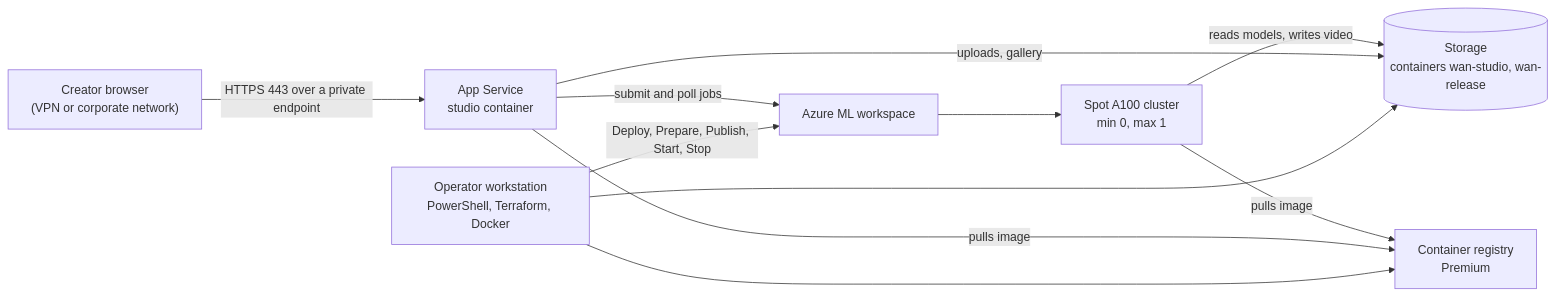
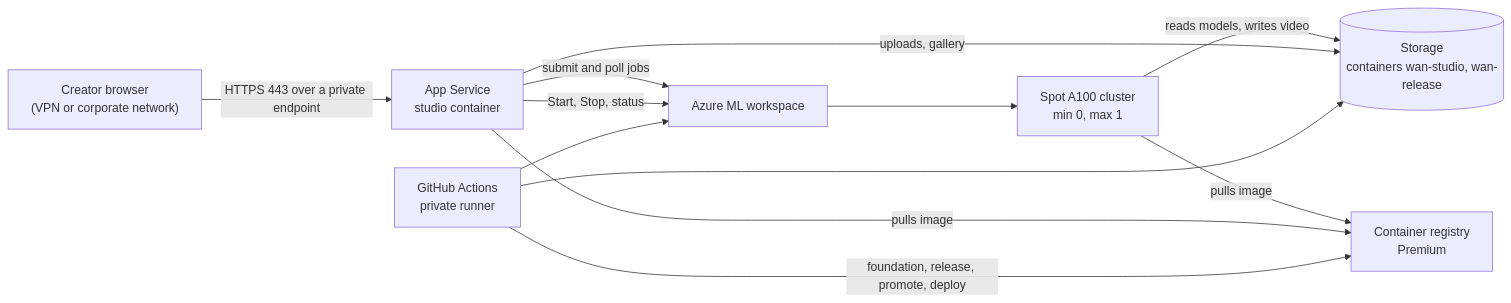
One commit to seiggy/wan-safety-studio changed the diagram in docs-site/deployment/intro.mdx. Above: the diagram before and after it, drawn with Mermaid. The commit also changed other lines of this file and 233 other files, not shown here.

````diff
--- a/docs-site/deployment/intro.mdx
+++ b/docs-site/deployment/intro.mdx
@@ -27,13 +35,14 @@
 ```mermaid
 flowchart LR
   creator["Creator browser<br/>(VPN or corporate network)"] -->|"HTTPS 443 over a private endpoint"| site["App Service<br/>studio container"]
   site -->|"submit and poll jobs"| aml["Azure ML workspace"]
   aml --> gpu["Spot A100 cluster<br/>min 0, max 1"]
   gpu -->|"reads models, writes video"| blob[("Storage<br/>containers wan-studio, wan-release")]
   site -->|"uploads, gallery"| blob
   gpu -->|"pulls image"| acr["Container registry<br/>Premium"]
   site -->|"pulls image"| acr
-  operator["Operator workstation<br/>PowerShell, Terraform, Docker"] -->|"Deploy, Prepare, Publish, Start, Stop"| aml
-  operator --> acr
-  operator --> blob
+  site -->|"Start, Stop, status"| aml
+  pipeline["GitHub Actions<br/>private runner"] -->|"foundation, release, promote, deploy"| acr
+  pipeline --> blob
+  pipeline --> aml
 ```
````
